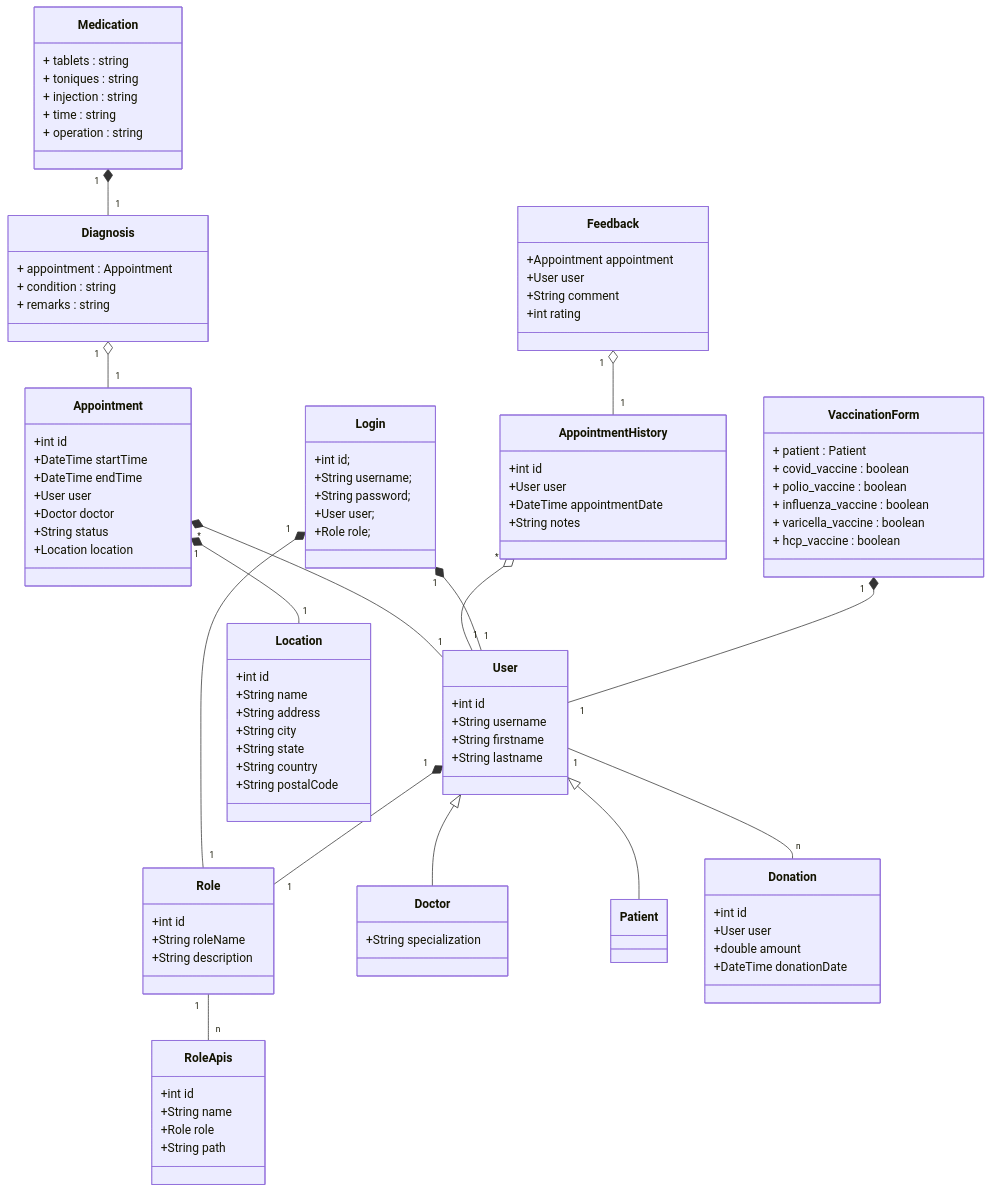
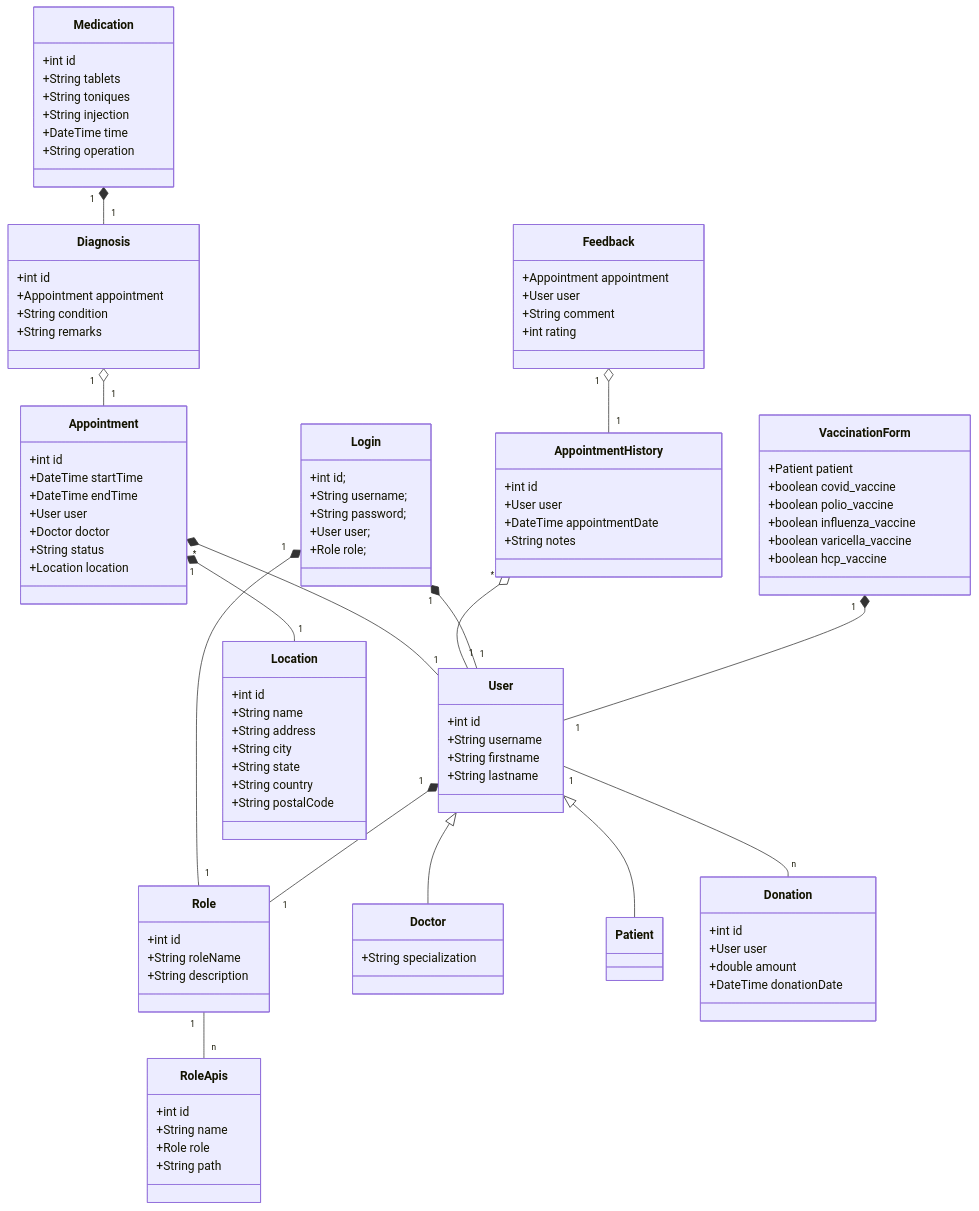
Before and after one commit to GokulaKrishnanRGK/codecare: the diagram in docs/model.md, drawn with Mermaid. The commit also changed 1 other file, not shown here.

Commit message:
final objectModel and yaml #5

```diff
--- a/docs/model.md
+++ b/docs/model.md
@@ -79,26 +79,27 @@
         +double amount
         +DateTime donationDate
     }
-     class Diagnosis{
-        + appointment : Appointment
-        + condition : string
-        + remarks : string
-
+    class Diagnosis{
+        +int id
+        +Appointment appointment
+        +String condition  
+        +String remarks
     }
     class Medication {
-        + tablets : string
-        + toniques : string
-        + injection : string
-        + time : string
-        + operation : string
+        +int id
+        +String tablets
+        +String toniques
+        +String injection
+        +DateTime time 
+        +String operation 
     }
     class VaccinationForm {
-        + patient : Patient
-        + covid_vaccine : boolean
-        + polio_vaccine : boolean
-        + influenza_vaccine : boolean
-        + varicella_vaccine : boolean
-        + hcp_vaccine : boolean
+        +Patient patient
+        +boolean covid_vaccine 
+        +boolean polio_vaccine
+        +boolean influenza_vaccine
+        +boolean varicella_vaccine 
+        +boolean hcp_vaccine 
     }
 
    
@@ -117,7 +118,7 @@
     User "1" *-- "1" Role
     Role "1" -- "n" RoleApis
     User "1" -- "n" Donation
-    
+
     Diagnosis "1" o-- "1" Appointment
     Medication "1" *-- "1" Diagnosis 
     VaccinationForm "1" *-- "1" User
```
